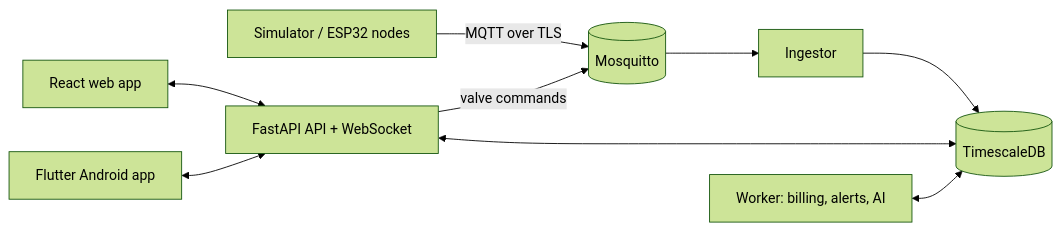
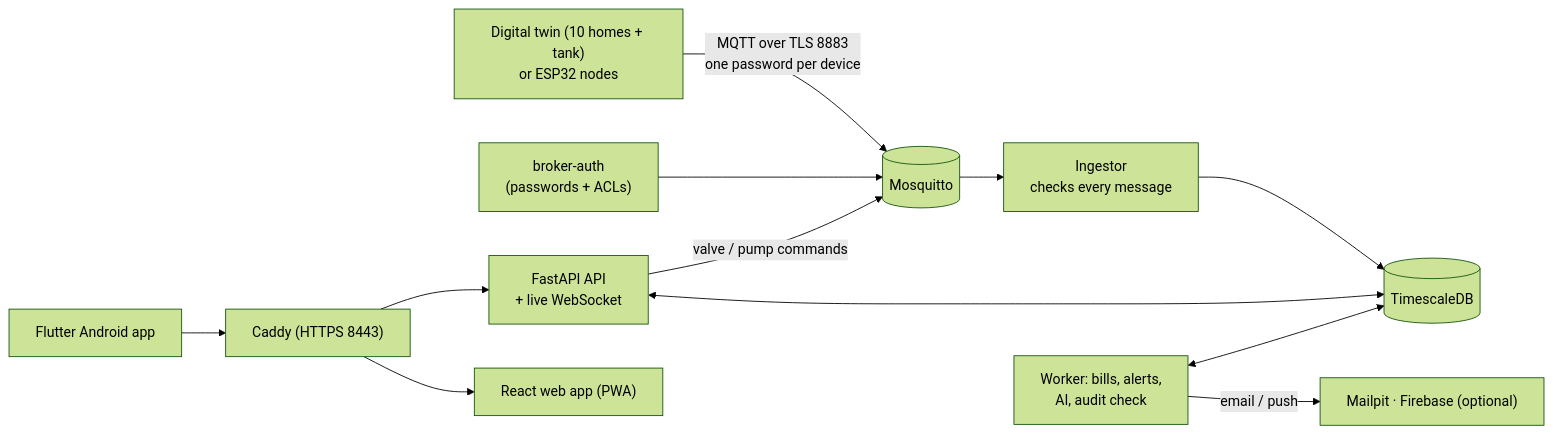
One commit to Sanaullah-Niazi/aquapulse changed the diagram in README.md. Above: the diagram before and after it, drawn with Mermaid (forest theme). The commit also changed other lines of this file and 16 other files, not shown here.

````diff
--- a/README.md
+++ b/README.md
@@ -25,10 +25,13 @@
 ```mermaid
 flowchart LR
-  D["Simulator / ESP32 nodes"] -- "MQTT over TLS" --> B[("Mosquitto")]
-  B --> I["Ingestor"] --> DB[("TimescaleDB")]
-  API["FastAPI API + WebSocket"] <--> DB
-  API -- "valve commands" --> B
-  W["Worker: billing, alerts, AI"] <--> DB
-  WEB["React web app"] <--> API
-  APP["Flutter Android app"] <--> API
+  D["Digital twin (10 homes + tank)<br/>or ESP32 nodes"] -- "MQTT over TLS 8883<br/>one password per device" --> B[("Mosquitto")]
+  BA["broker-auth<br/>(passwords + ACLs)"] --> B
+  B --> I["Ingestor<br/>checks every message"] --> DB[("TimescaleDB")]
+  API["FastAPI API<br/>+ live WebSocket"] <--> DB
+  API -- "valve / pump commands" --> B
+  W["Worker: bills, alerts,<br/>AI, audit check"] <--> DB
+  C["Caddy (HTTPS 8443)"] --> API
+  C --> WEB["React web app (PWA)"]
+  APP["Flutter Android app"] --> C
+  W -- "email / push" --> N["Mailpit · Firebase (optional)"]
 ```
````
